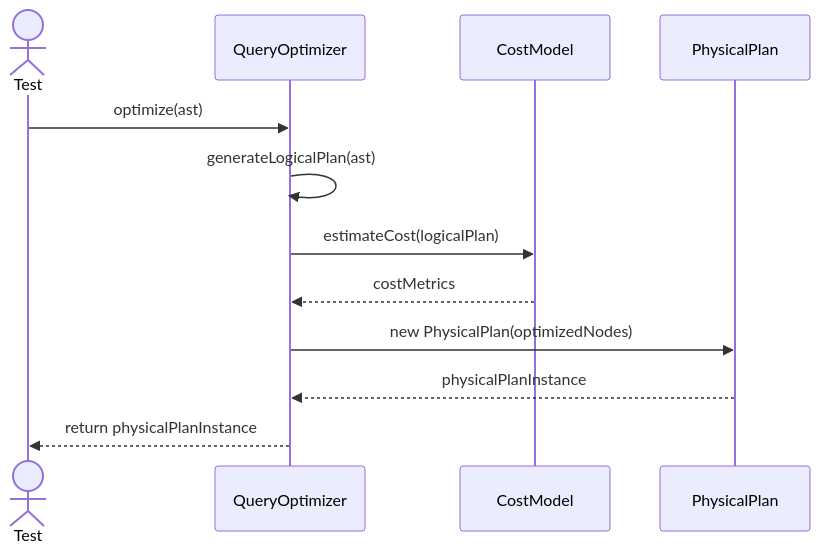
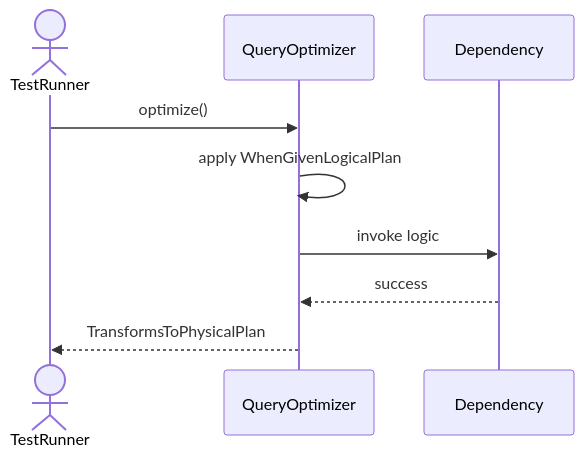
One commit to TamBui1706/DBMS changed the first of 7 diagrams in Sequences/QueryProcessor/QueryOptimizer.md. Above: the diagram before and after it, drawn with Mermaid. The commit also changed other lines of this file and 63 other files, not shown here.

Commit message:
Draw sequence diagram for unit tests

````diff
--- a/Sequences/QueryProcessor/QueryOptimizer.md
+++ b/Sequences/QueryProcessor/QueryOptimizer.md
@@ -16,15 +14,10 @@
 ```mermaid
 sequenceDiagram
-    actor Test
+    actor TestRunner
     participant QueryOptimizer
-    participant CostModel
-    participant PhysicalPlan
-
-    Test->>QueryOptimizer: optimize(ast)
-    QueryOptimizer->>QueryOptimizer: generateLogicalPlan(ast)
-    QueryOptimizer->>CostModel: estimateCost(logicalPlan)
-    CostModel-->>QueryOptimizer: costMetrics
-    QueryOptimizer->>PhysicalPlan: new PhysicalPlan(optimizedNodes)
-    PhysicalPlan-->>QueryOptimizer: physicalPlanInstance
-    QueryOptimizer-->>Test: return physicalPlanInstance
+    TestRunner->>QueryOptimizer: optimize()
+    QueryOptimizer->>QueryOptimizer: apply WhenGivenLogicalPlan
+    QueryOptimizer->>Dependency: invoke logic
+    Dependency-->>QueryOptimizer: success
+    QueryOptimizer-->>TestRunner: TransformsToPhysicalPlan
 ```
````
